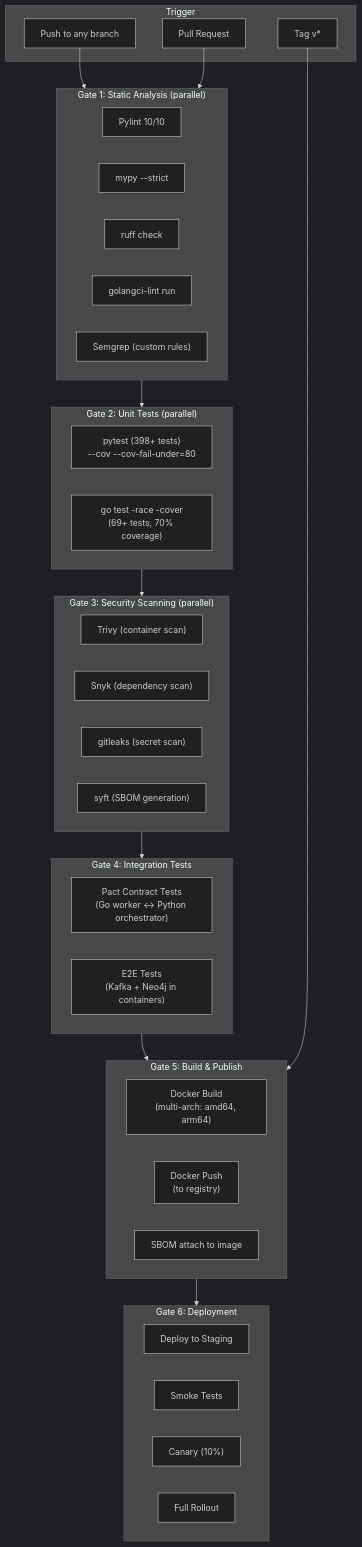
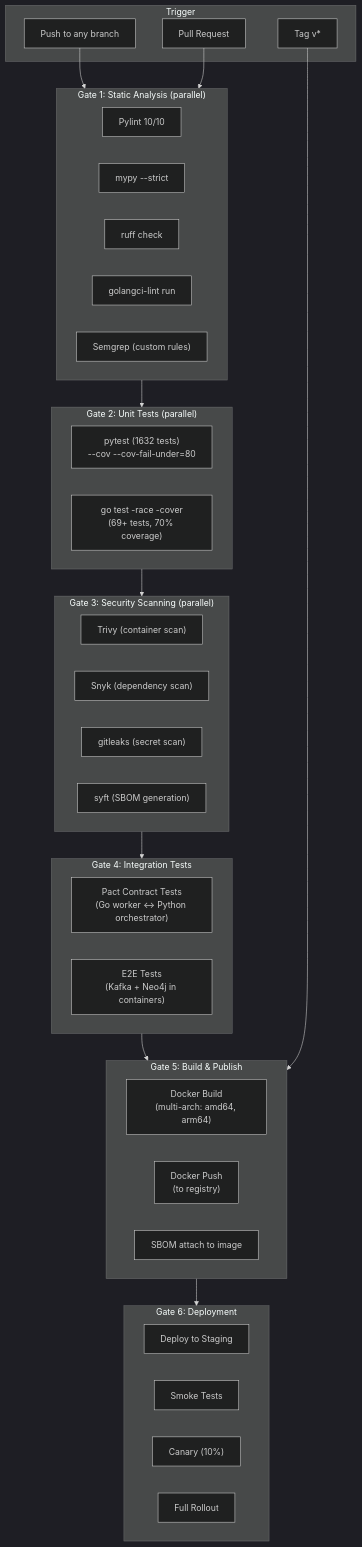
The first of 3 diagrams in docs/rfc/07_DEVEX_PLATFORM.md (jdiitm/graphrag-architect), drawn with Mermaid (dark theme) before and after one commit. The commit also changed other lines of this file and 26 other files, not shown here.

````diff
--- a/docs/rfc/07_DEVEX_PLATFORM.md
+++ b/docs/rfc/07_DEVEX_PLATFORM.md
@@ -127,55 +127,55 @@
 ```mermaid
 flowchart TD
     subgraph trigger ["Trigger"]
         Push["Push to any branch"]
         PR["Pull Request"]
         Release["Tag v*"]
     end
 
     subgraph gate1 ["Gate 1: Static Analysis (parallel)"]
         Pylint["Pylint 10/10"]
         Mypy["mypy --strict"]
         Ruff["ruff check"]
         GolangciLint["golangci-lint run"]
         Semgrep["Semgrep (custom rules)"]
     end
 
     subgraph gate2 ["Gate 2: Unit Tests (parallel)"]
-        PythonTests["pytest (398+ tests)<br/>--cov --cov-fail-under=80"]
+        PythonTests["pytest (1632 tests)<br/>--cov --cov-fail-under=80"]
         GoTests["go test -race -cover<br/>(69+ tests, 70% coverage)"]
     end
 
     subgraph gate3 ["Gate 3: Security Scanning (parallel)"]
         Trivy["Trivy (container scan)"]
         Snyk["Snyk (dependency scan)"]
         SecretScan["gitleaks (secret scan)"]
         SBOM["syft (SBOM generation)"]
     end
 
     subgraph gate4 ["Gate 4: Integration Tests"]
         ContractTests["Pact Contract Tests<br/>(Go worker <-> Python orchestrator)"]
         E2ETests["E2E Tests<br/>(Kafka + Neo4j in containers)"]
     end
 
     subgraph gate5 ["Gate 5: Build & Publish"]
         DockerBuild["Docker Build<br/>(multi-arch: amd64, arm64)"]
         DockerPush["Docker Push<br/>(to registry)"]
         SBOMAttach["SBOM attach to image"]
     end
 
     subgraph gate6 ["Gate 6: Deployment"]
         StagingDeploy["Deploy to Staging"]
         SmokeTests["Smoke Tests"]
         CanaryDeploy["Canary (10%)"]
         FullRollout["Full Rollout"]
     end
 
     Push --> gate1
     PR --> gate1
     gate1 --> gate2
     gate2 --> gate3
     gate3 --> gate4
     gate4 --> gate5
     Release --> gate5
     gate5 --> gate6
 ```
````
